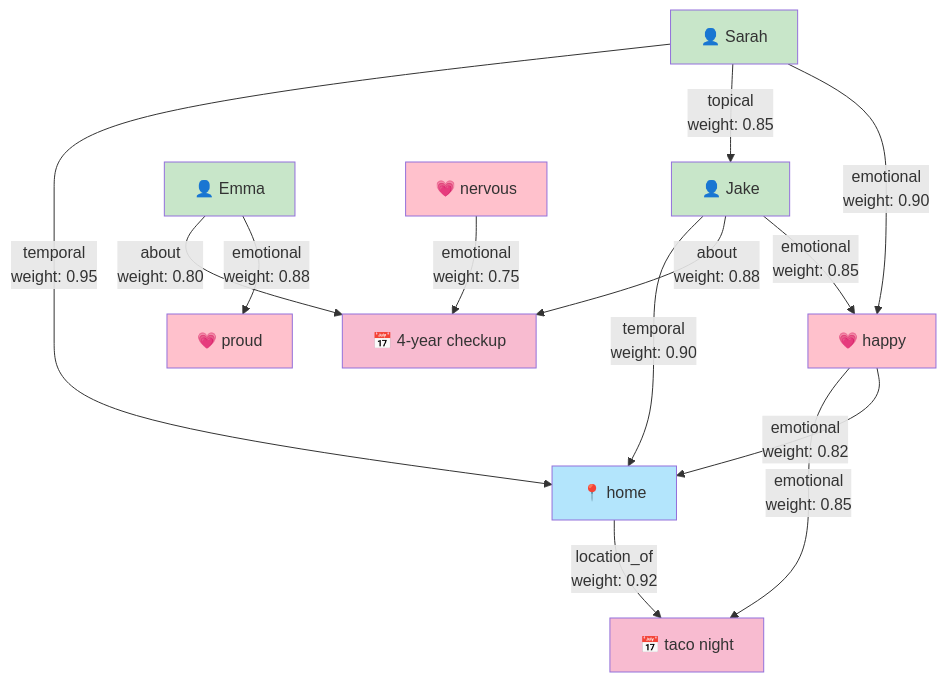
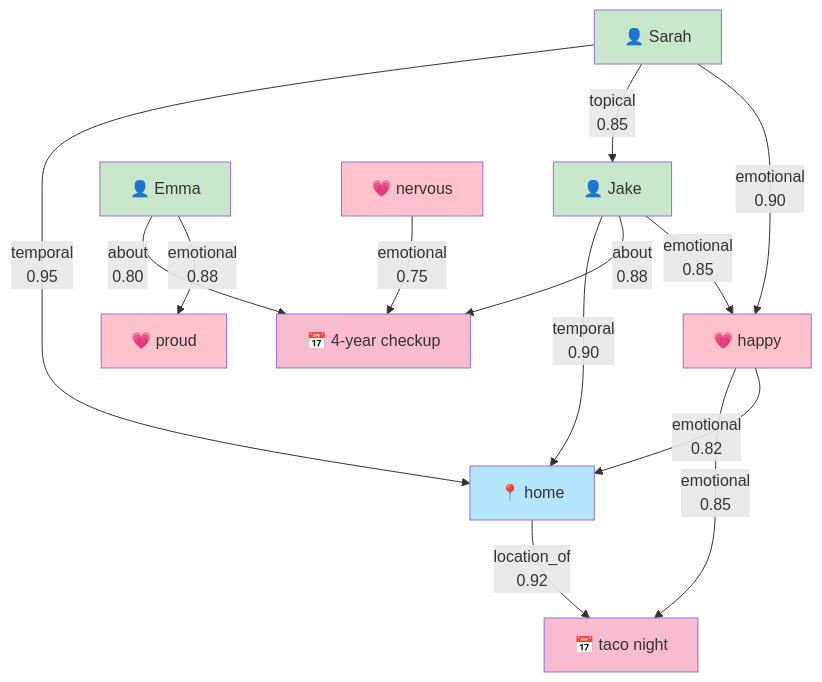
The fifth of 9 diagrams in docs/99_lesson/PRESENTATION_SLIDES_SHORT.md (phuc-nt/kioku-ios), drawn with Mermaid before and after one commit. The commit also changed other lines of this file, not shown here.

````diff
--- a/docs/99_lesson/PRESENTATION_SLIDES_SHORT.md
+++ b/docs/99_lesson/PRESENTATION_SLIDES_SHORT.md
@@ -188,27 +186,27 @@
 ```mermaid
 graph TD
-    Sarah[👤 Sarah] -->|temporal<br/>weight: 0.95| Home[📍 home]
-    Jake[👤 Jake] -->|temporal<br/>weight: 0.90| Home
-    Sarah -->|topical<br/>weight: 0.85| Jake
-    Home -->|location_of<br/>weight: 0.92| TacoNight[📅 taco night]
-    Jake -->|about<br/>weight: 0.88| Checkup[📅 4-year checkup]
-    Emma[👤 Emma] -->|about<br/>weight: 0.80| Checkup
+    Sarah[👤 Sarah] -->|temporal<br/>0.95| Home[📍 home]
+    Jake[👤 Jake] -->|temporal<br/>0.90| Home
+    Sarah -->|topical<br/>0.85| Jake
+    Home -->|location_of<br/>0.92| TacoNight[📅 taco night]
+    Jake -->|about<br/>0.88| Checkup[📅 4-year checkup]
+    Emma[👤 Emma] -->|about<br/>0.80| Checkup
 
-    Happy[💗 happy] -->|emotional<br/>weight: 0.85| TacoNight
-    Happy -->|emotional<br/>weight: 0.82| Home
-    Nervous[💗 nervous] -->|emotional<br/>weight: 0.75| Checkup
+    Happy[💗 happy] -->|emotional<br/>0.85| TacoNight
+    Happy -->|emotional<br/>0.82| Home
+    Nervous[💗 nervous] -->|emotional<br/>0.75| Checkup
 
-    Sarah -->|emotional<br/>weight: 0.90| Happy
-    Jake -->|emotional<br/>weight: 0.85| Happy
-    Emma -->|emotional<br/>weight: 0.88| Proud[💗 proud]
+    Sarah -->|emotional<br/>0.90| Happy
+    Jake -->|emotional<br/>0.85| Happy
+    Emma -->|emotional<br/>0.88| Proud[💗 proud]
 
     style Sarah fill:#c8e6c9
     style Jake fill:#c8e6c9
     style Emma fill:#c8e6c9
     style Home fill:#b3e5fc
     style TacoNight fill:#f8bbd0
     style Checkup fill:#f8bbd0
     style Happy fill:#ffc1cc
     style Nervous fill:#ffc1cc
     style Proud fill:#ffc1cc
 ```
````
